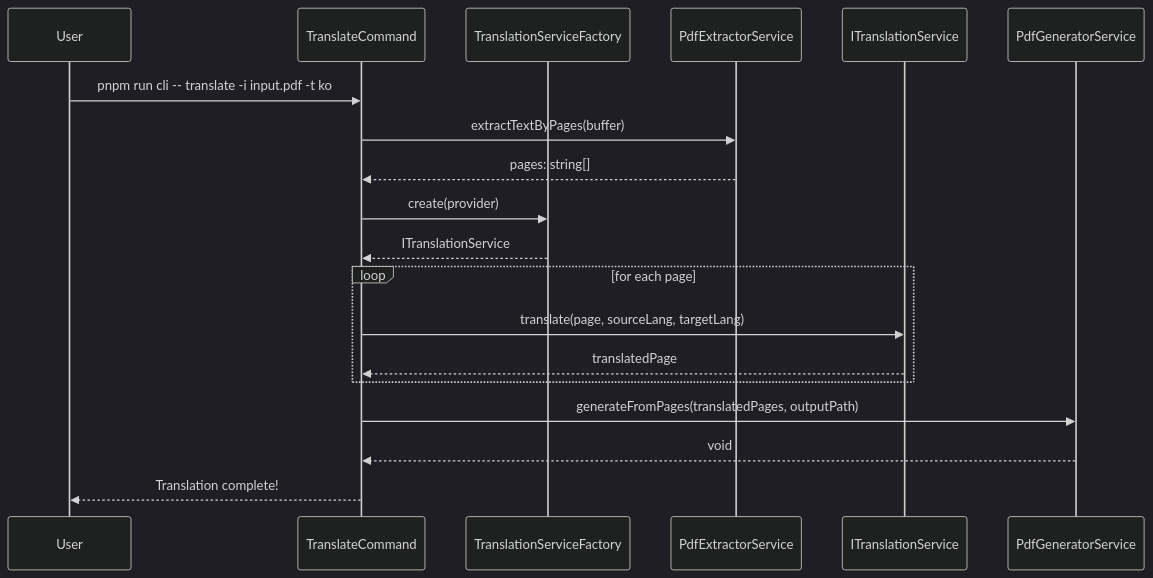
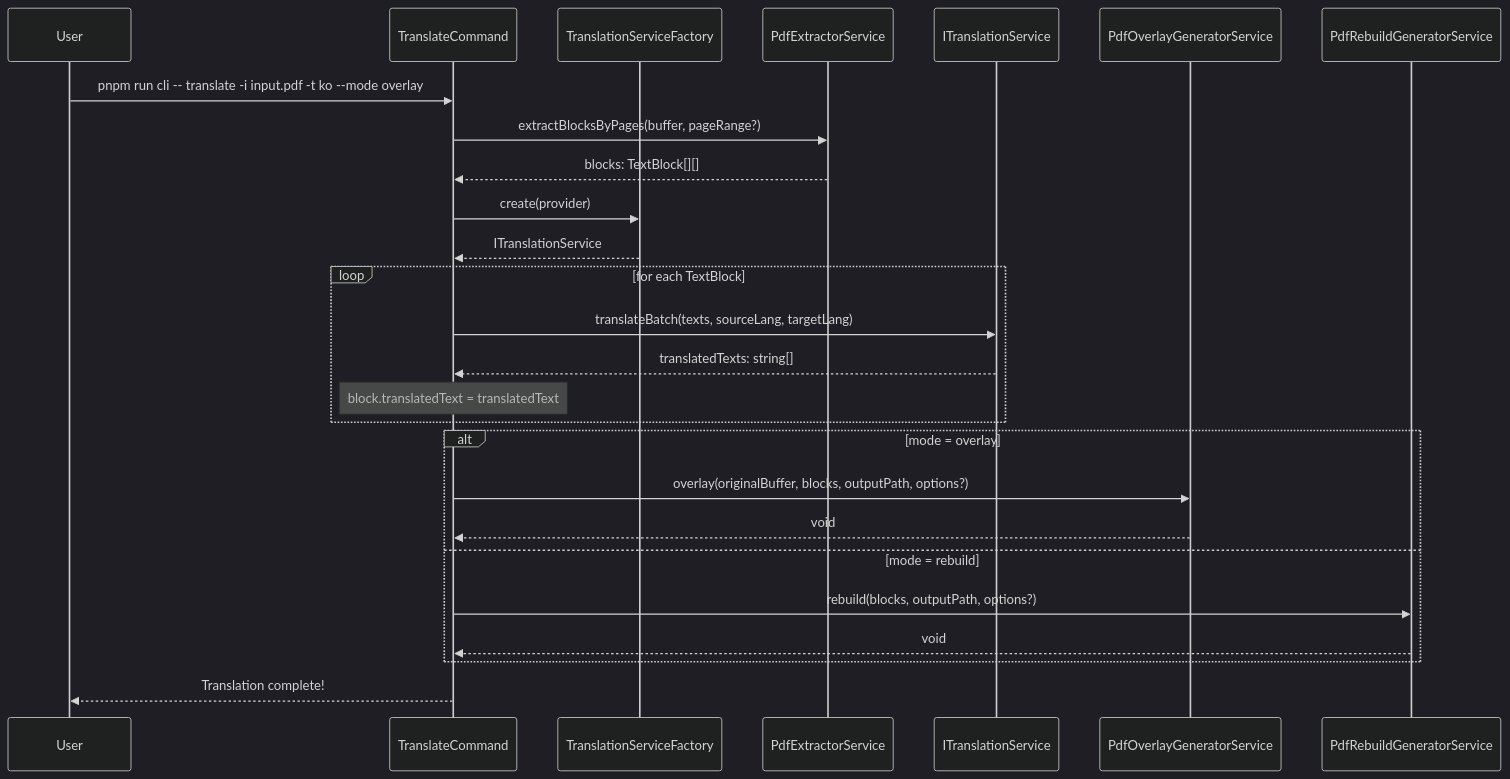
One commit to dasom2334/pdf-translator changed the second of 4 diagrams in docs/architecture.md. Above: the diagram before and after it, drawn with Mermaid (dark theme). The commit also changed other lines of this file and 2 other files, not shown here.

Commit message:
docs: update infra files to match current TextBlock contracts and phase roadmap
- docker-compose.yml: remove deprecated version key
- docs/architecture.md: fix method names (extractBlocksByPages, TextBlock data flow), add overlay/rebuild branching diagram, update service names
- README.md: add --mode and --pages CLI options, add phase command execution order table

````diff
--- a/docs/architecture.md
+++ b/docs/architecture.md
@@ -26,22 +27,29 @@
 ```mermaid
 sequenceDiagram
     participant User
     participant CLI as TranslateCommand
     participant Factory as TranslationServiceFactory
     participant Extractor as PdfExtractorService
     participant Translator as ITranslationService
-    participant Generator as PdfGeneratorService
+    participant Overlay as PdfOverlayGeneratorService
+    participant Rebuild as PdfRebuildGeneratorService
 
-    User->>CLI: pnpm run cli -- translate -i input.pdf -t ko
-    CLI->>Extractor: extractTextByPages(buffer)
-    Extractor-->>CLI: pages: string[]
+    User->>CLI: pnpm run cli -- translate -i input.pdf -t ko --mode overlay
+    CLI->>Extractor: extractBlocksByPages(buffer, pageRange?)
+    Extractor-->>CLI: blocks: TextBlock[][]
     CLI->>Factory: create(provider)
     Factory-->>CLI: ITranslationService
-    loop for each page
-        CLI->>Translator: translate(page, sourceLang, targetLang)
-        Translator-->>CLI: translatedPage
+    loop for each TextBlock
+        CLI->>Translator: translateBatch(texts, sourceLang, targetLang)
+        Translator-->>CLI: translatedTexts: string[]
+        Note over CLI: block.translatedText = translatedText
     end
-    CLI->>Generator: generateFromPages(translatedPages, outputPath)
-    Generator-->>CLI: void
+    alt mode = overlay
+        CLI->>Overlay: overlay(originalBuffer, blocks, outputPath, options?)
+        Overlay-->>CLI: void
+    else mode = rebuild
+        CLI->>Rebuild: rebuild(blocks, outputPath, options?)
+        Rebuild-->>CLI: void
+    end
     CLI-->>User: Translation complete!
 ```
````
